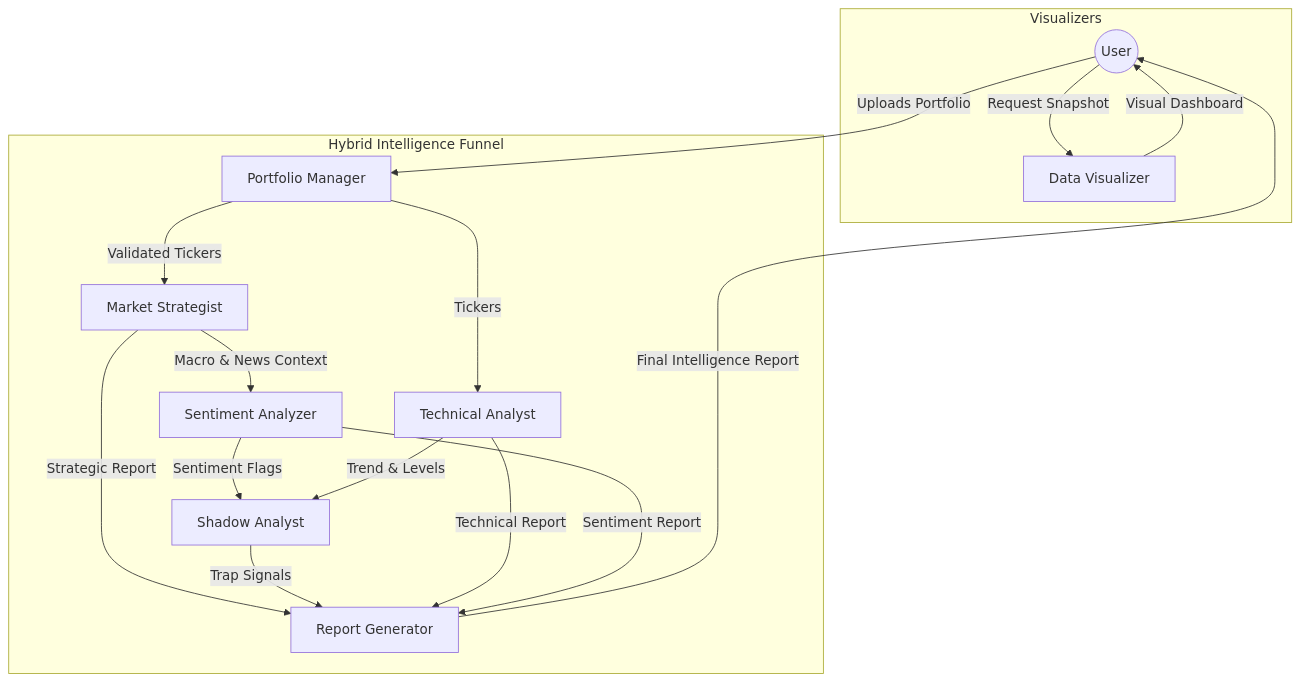
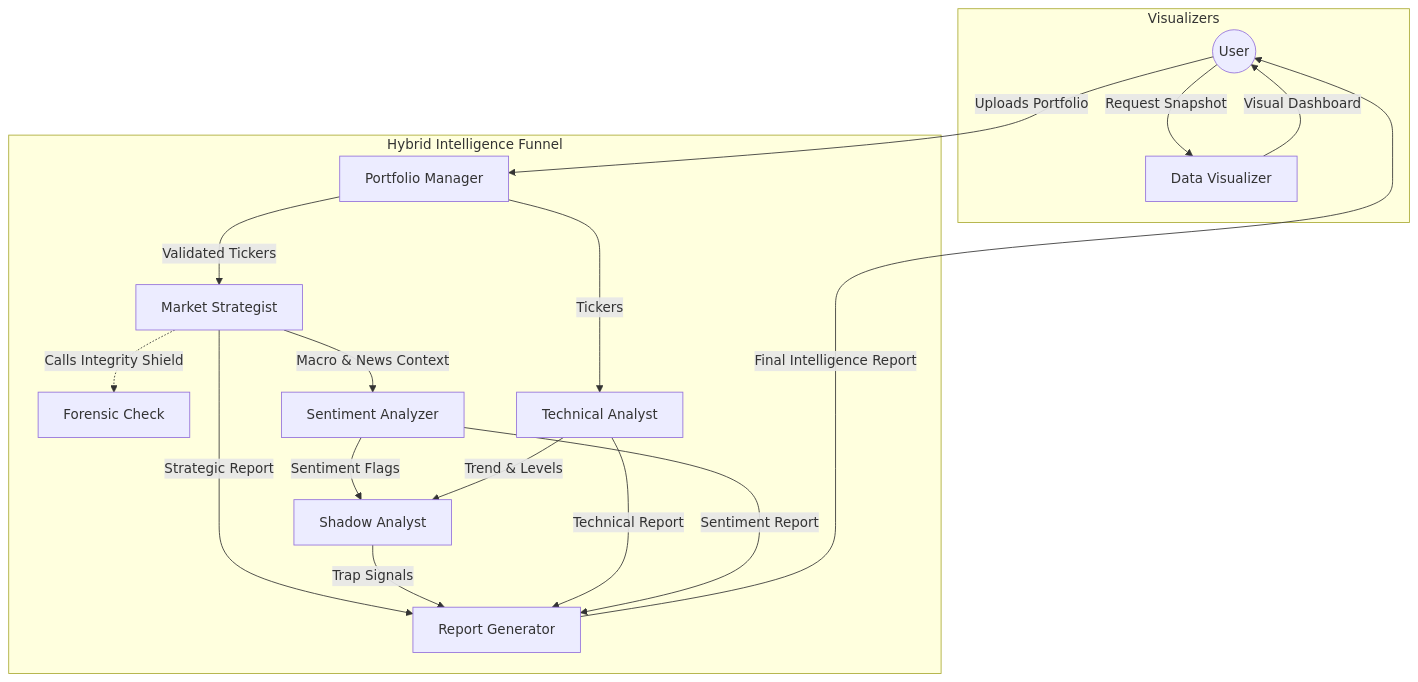
Before and after one commit to SankarGaneshb/Market-Rover: the diagram in README.md, drawn with Mermaid. The commit also changed other lines of this file and 6 other files, not shown here.

Commit message:
feat: Integrate Integrity Shield into Agent Workflow

````diff
--- a/README.md
+++ b/README.md
@@ -157,25 +148,26 @@
 ```mermaid
 graph TD
     User((User)) -->|Uploads Portfolio| A[Portfolio Manager]
     
     subgraph "Hybrid Intelligence Funnel"
         A -->|Validated Tickers| B[Market Strategist]
+        B -.->|Calls Integrity Shield| B1[Forensic Check]
         B -->|Macro & News Context| C[Sentiment Analyzer]
         A -->|Tickers| D[Technical Analyst]
         
         B -->|Strategic Report| E[Report Generator]
         C -->|Sentiment Flags| G[Shadow Analyst]
         D -->|Trend & Levels| G
         
         G -->|Trap Signals| E
         D -->|Technical Report| E
         C -->|Sentiment Report| E
     end
     
     subgraph "Visualizers"
         User -->|Request Snapshot| F[Data Visualizer]
     end
     
     E -->|Final Intelligence Report| User
     F -->|Visual Dashboard| User
 ```
````
